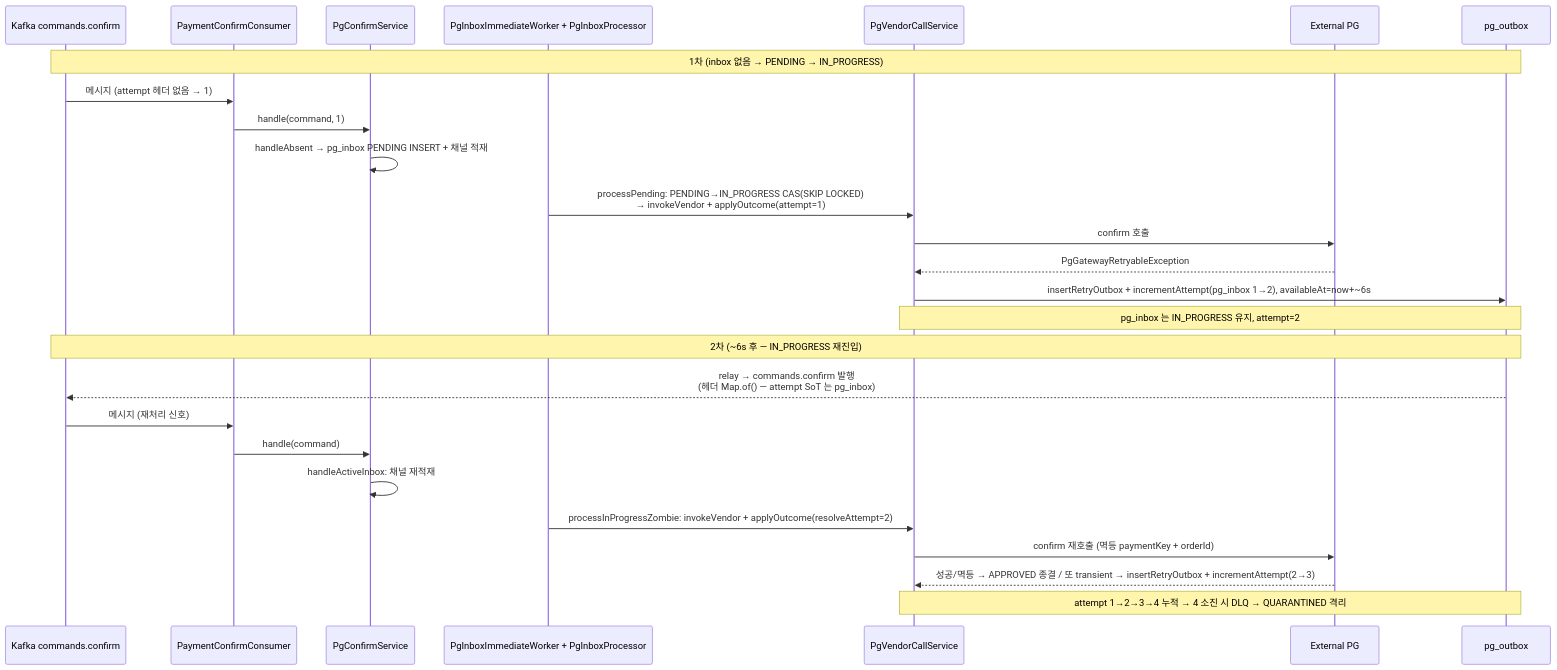
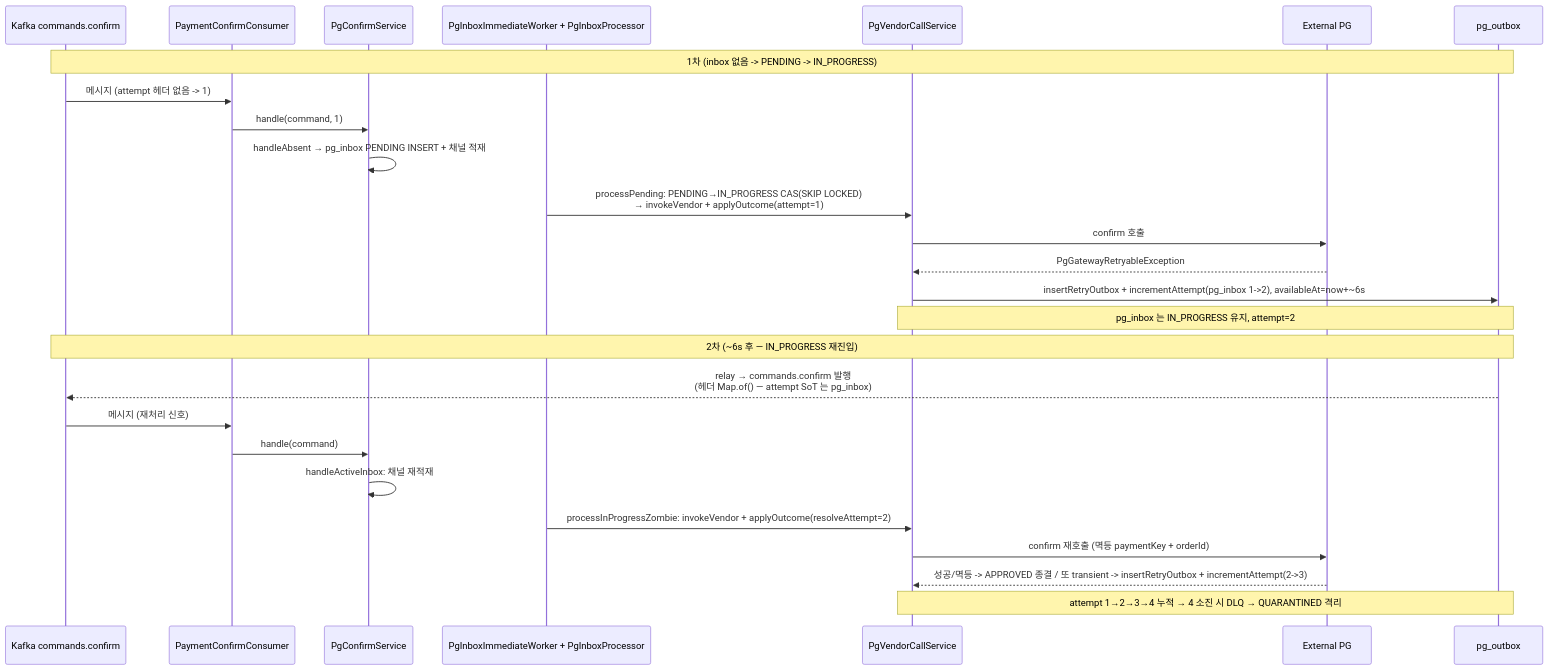
The ninth of 10 diagrams in docs/context/PAYMENT-FLOW.md (hyoguoo/payment-platform), drawn with Mermaid before and after one commit. The commit also changed other lines of this file and 3 other files, not shown here.

First line of the commit message:
docs: 결제 흐름 문서 다이어그램 표기 정리

````diff
--- a/docs/context/PAYMENT-FLOW.md
+++ b/docs/context/PAYMENT-FLOW.md
@@ -317,30 +317,30 @@
 ```mermaid
 sequenceDiagram
     participant K as Kafka commands.confirm
     participant Cons as PaymentConfirmConsumer
     participant Svc as PgConfirmService
     participant W as PgInboxImmediateWorker + PgInboxProcessor
     participant V as PgVendorCallService
     participant Vendor as External PG
     participant OB as pg_outbox
 
-    Note over K, OB: 1차 (inbox 없음 → PENDING → IN_PROGRESS)
-    K->>Cons: 메시지 (attempt 헤더 없음 → 1)
+    Note over K, OB: 1차 (inbox 없음 -> PENDING -> IN_PROGRESS)
+    K->>Cons: 메시지 (attempt 헤더 없음 -> 1)
     Cons->>Svc: handle(command, 1)
     Svc->>Svc: handleAbsent → pg_inbox PENDING INSERT + 채널 적재
     W->>V: processPending: PENDING→IN_PROGRESS CAS(SKIP LOCKED)<br/>→ invokeVendor + applyOutcome(attempt=1)
     V->>Vendor: confirm 호출
     Vendor-->>V: PgGatewayRetryableException
-    V->>OB: insertRetryOutbox + incrementAttempt(pg_inbox 1→2), availableAt=now+~6s
+    V->>OB: insertRetryOutbox + incrementAttempt(pg_inbox 1->2), availableAt=now+~6s
     Note over V, OB: pg_inbox 는 IN_PROGRESS 유지, attempt=2
 
     Note over K, OB: 2차 (~6s 후 — IN_PROGRESS 재진입)
     OB-->>K: relay → commands.confirm 발행<br/>(헤더 Map.of() — attempt SoT 는 pg_inbox)
     K->>Cons: 메시지 (재처리 신호)
     Cons->>Svc: handle(command)
     Svc->>Svc: handleActiveInbox: 채널 재적재
     W->>V: processInProgressZombie: invokeVendor + applyOutcome(resolveAttempt=2)
     V->>Vendor: confirm 재호출 (멱등 paymentKey + orderId)
-    Vendor-->>V: 성공/멱등 → APPROVED 종결 / 또 transient → insertRetryOutbox + incrementAttempt(2→3)
+    Vendor-->>V: 성공/멱등 -> APPROVED 종결 / 또 transient -> insertRetryOutbox + incrementAttempt(2->3)
     Note over V, OB: attempt 1→2→3→4 누적 → 4 소진 시 DLQ → QUARANTINED 격리
 ```
````
